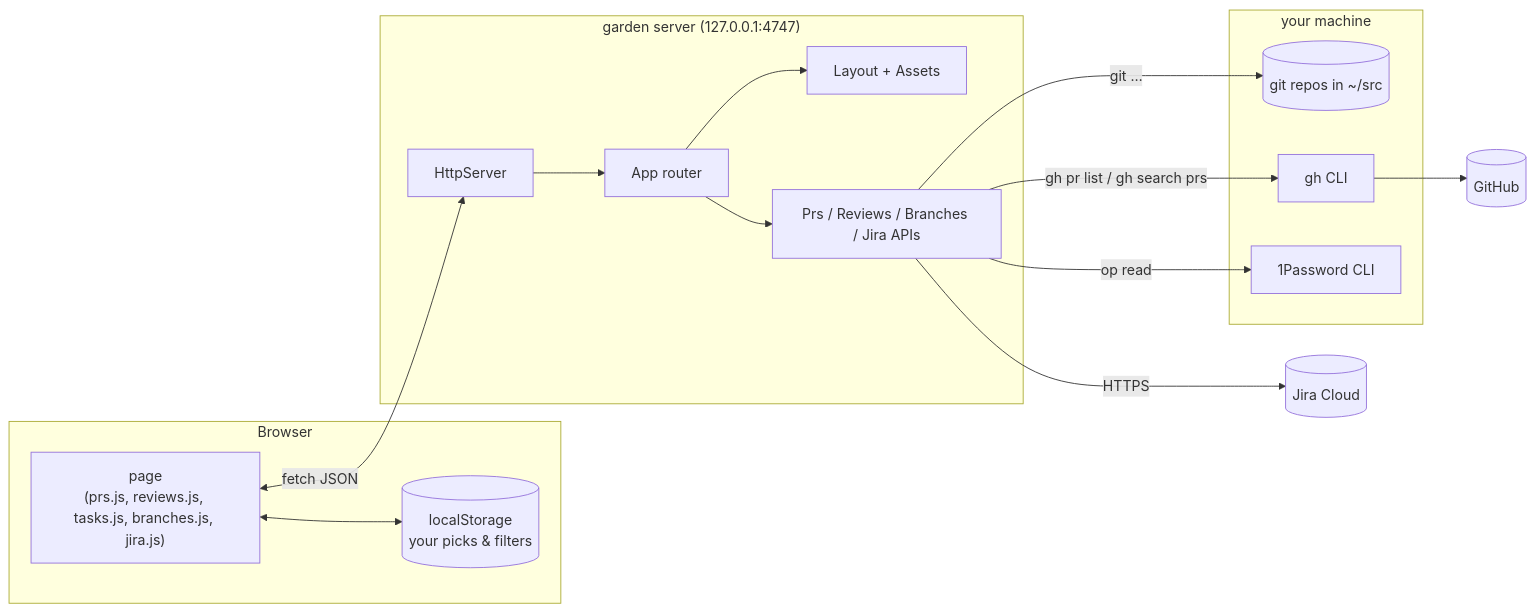
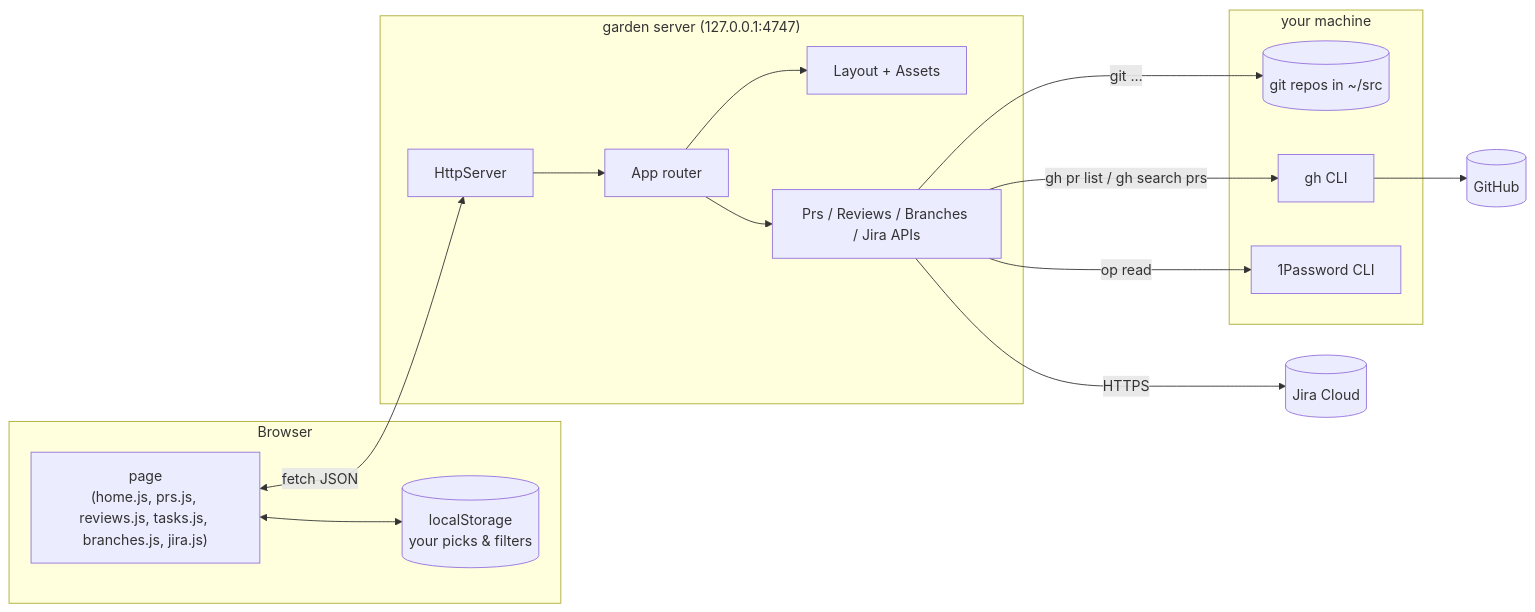
The first of 3 diagrams in docs/how-it-works.md (adccb/jardin), drawn with Mermaid before and after one commit. The commit also changed other lines of this file and 192 other files, not shown here.

````diff
--- a/docs/how-it-works.md
+++ b/docs/how-it-works.md
@@ -13,26 +13,26 @@
 ```mermaid
 flowchart LR
   subgraph Browser
-    page["page<br/>(prs.js, reviews.js, tasks.js, branches.js, jira.js)"]
+    page["page<br/>(home.js, prs.js, reviews.js, tasks.js, branches.js, jira.js)"]
     ls[("localStorage<br/>your picks & filters")]
   end
   subgraph "garden server (127.0.0.1:4747)"
     http[HttpServer] --> app[App router]
     app --> layout[Layout + Assets]
     app --> apis["Prs / Reviews / Branches / Jira APIs"]
   end
   subgraph "your machine"
     git[(git repos in ~/src)]
     gh[gh CLI]
     op[1Password CLI]
   end
   github[(GitHub)]
   jira[(Jira Cloud)]
 
   page <-->|fetch JSON| http
   page <--> ls
   apis -->|git …| git
   apis -->|gh pr list / gh search prs| gh --> github
   apis -->|op read| op
   apis -->|HTTPS| jira
 ```
````
